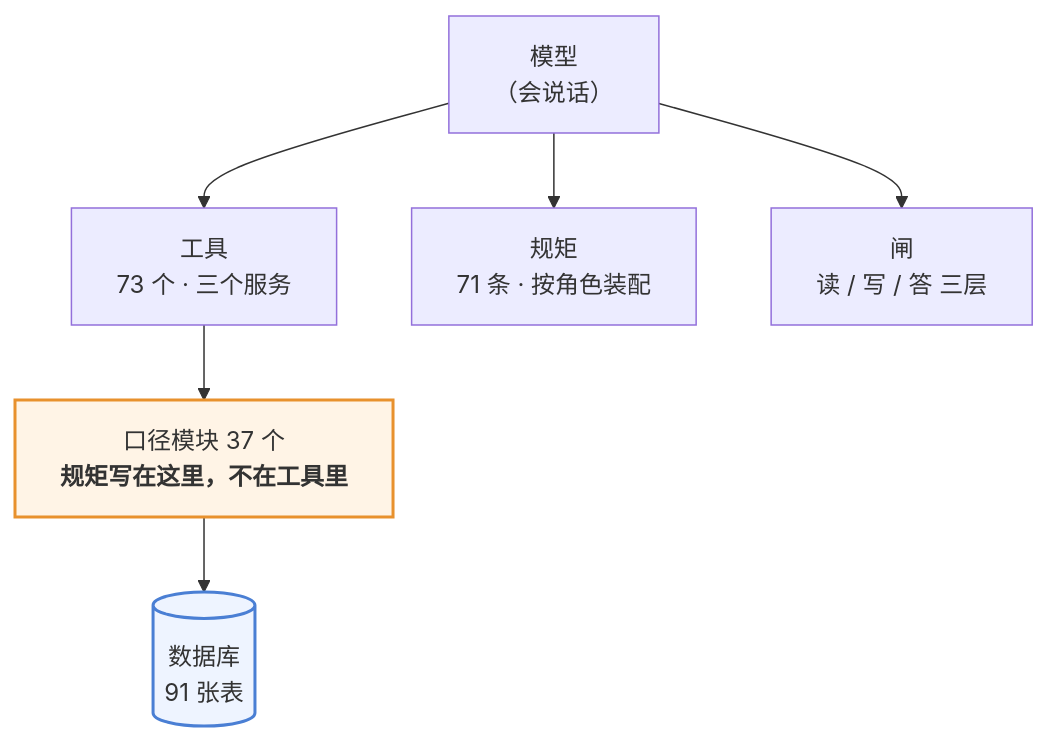
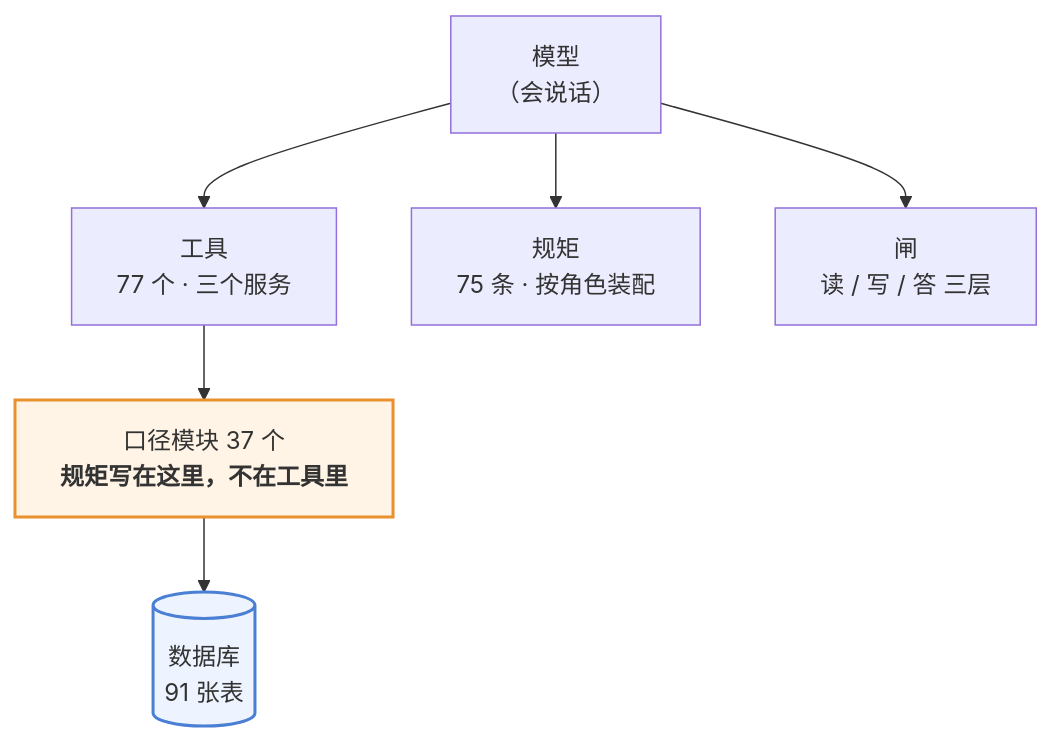
Before and after one commit to 843773296-rgb/lanxiu-yunshang-agent: the first of 3 diagrams in 澜绣云裳agent-产品说明.md, drawn with Mermaid. The commit also changed other lines of this file and 4 other files, not shown here.

````diff
--- a/澜绣云裳agent-产品说明.md
+++ b/澜绣云裳agent-产品说明.md
@@ -62,12 +62,12 @@
 ```mermaid
 flowchart TD
     M["模型<br/>（会说话）"]
-    M --> T["工具<br/>73 个 · 三个服务"]
-    M --> R["规矩<br/>71 条 · 按角色装配"]
+    M --> T["工具<br/>77 个 · 三个服务"]
+    M --> R["规矩<br/>75 条 · 按角色装配"]
     M --> G["闸<br/>读 / 写 / 答 三层"]
     T --> K["口径模块 37 个<br/><b>规矩写在这里，不在工具里</b>"]
     K --> DB[("数据库<br/>91 张表")]
 
     style K fill:#fff4e6,stroke:#e8912d,stroke-width:2px
     style DB fill:#eef4ff,stroke:#4a7fd4,stroke-width:2px
 ```
````
